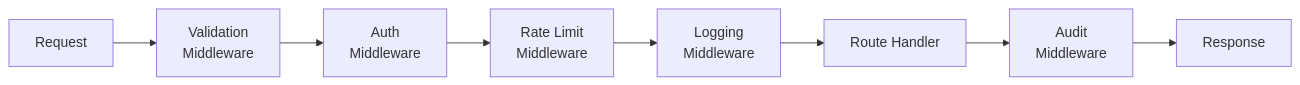
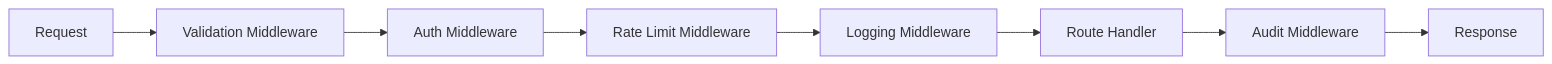
Before and after one commit to LifeJiggy/Rules-Emerging-Pattern: diagram 13 of 18 in README.md, drawn with Mermaid. The commit also changed other lines of this file, not shown here.

Commit message:
Fix Mermaid diagrams for GitHub rendering - remove theme directives, emoji, subgraph titles, and br tags

````diff
--- a/README.md
+++ b/README.md
@@ -355,10 +354,10 @@
 ```mermaid
 flowchart LR
-    Req["Request"] --> VM["Validation<br/>Middleware"]
-    VM --> AuthM["Auth<br/>Middleware"]
-    AuthM --> RL["Rate Limit<br/>Middleware"]
-    RL --> Log["Logging<br/>Middleware"]
+    Req["Request"] --> VM["Validation Middleware"]
+    VM --> AuthM["Auth Middleware"]
+    AuthM --> RL["Rate Limit Middleware"]
+    RL --> Log["Logging Middleware"]
     Log --> Handler["Route Handler"]
-    Handler --> Audit["Audit<br/>Middleware"]
+    Handler --> Audit["Audit Middleware"]
     Audit --> Resp["Response"]
 ```
````
